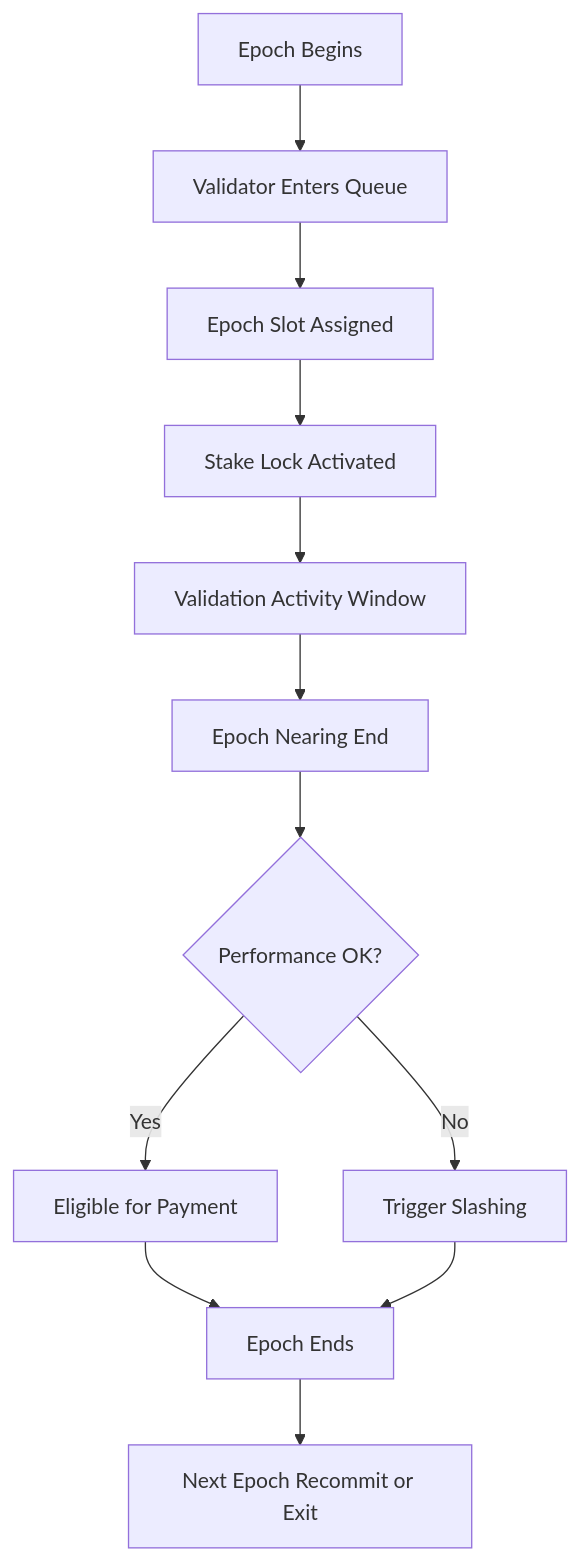
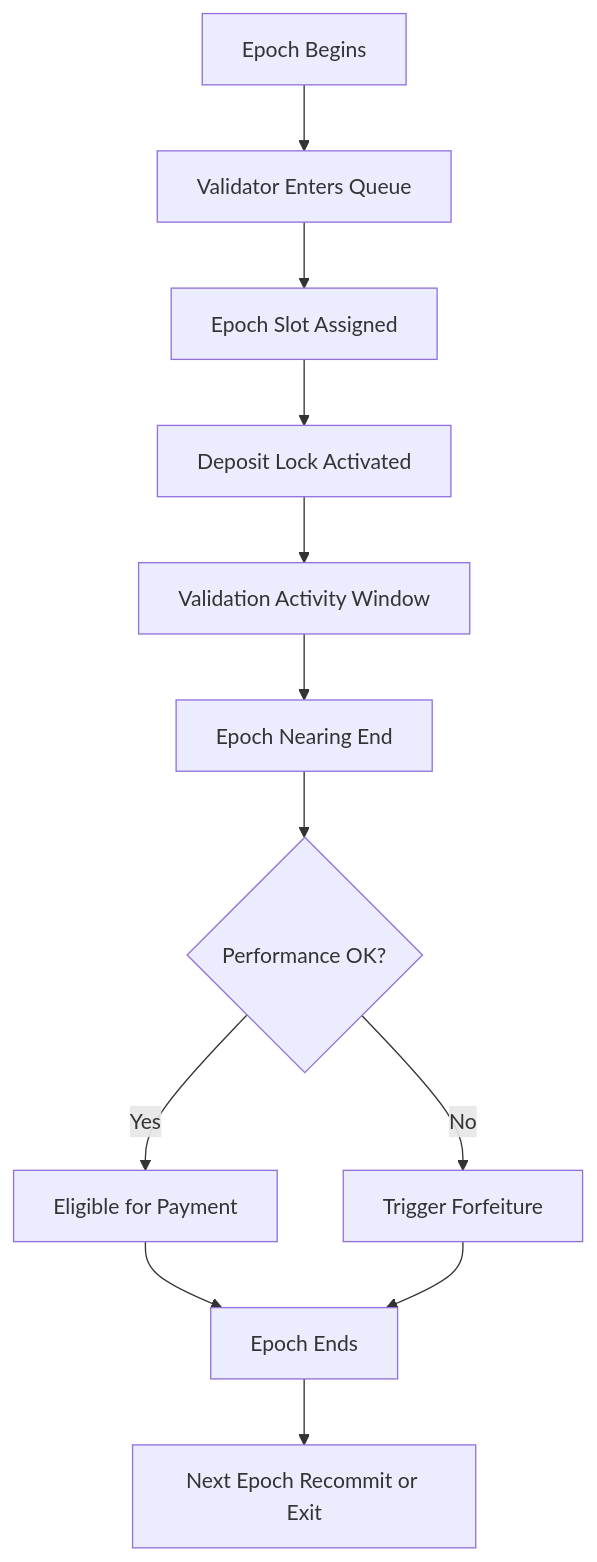
The second of 2 diagrams in 11_validator_staking_and_payments/validator_epoch_commitments.md (Aros-Technology-Studio/AST-Aros-Financial-Paradigm), drawn with Mermaid before and after one commit. The commit also changed other lines of this file and 10 other files, not shown here.

````diff
--- a/11_validator_staking_and_payments/validator_epoch_commitments.md
+++ b/11_validator_staking_and_payments/validator_epoch_commitments.md
@@ -51,14 +51,14 @@
 ```mermaid
 flowchart TD
     A[Epoch Begins] --> B[Validator Enters Queue]
     B --> C[Epoch Slot Assigned]
-    C --> D[Stake Lock Activated]
+    C --> D[Deposit Lock Activated]
     D --> E[Validation Activity Window]
     E --> F[Epoch Nearing End]
     F --> G{Performance OK?}
     G -- Yes --> H[Eligible for Payment]
-    G -- No --> I[Trigger Slashing]
+    G -- No --> I[Trigger Forfeiture]
     H --> J[Epoch Ends]
     I --> J
     J --> K[Next Epoch Recommit or Exit]
 ```
````
